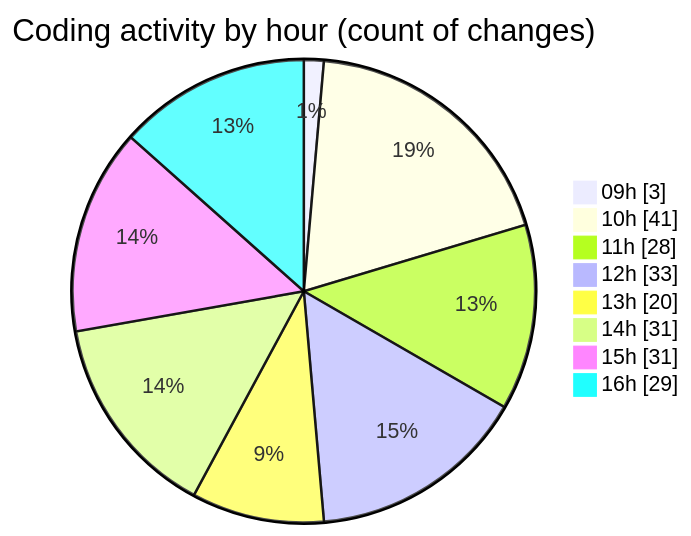
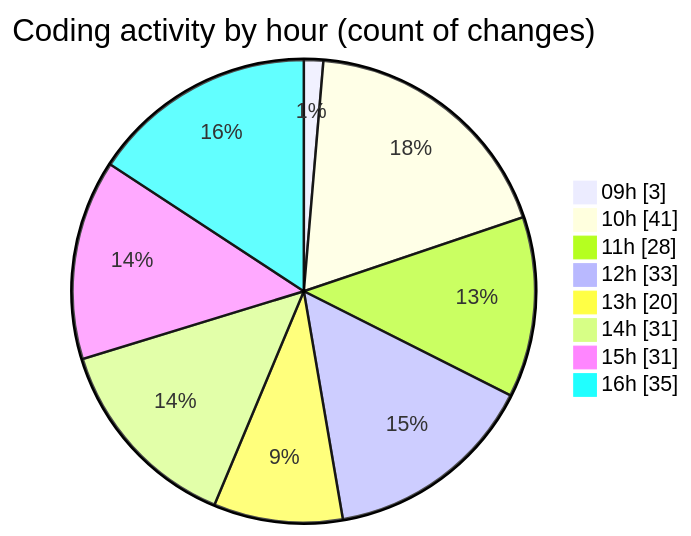
One commit to CELIANVF/code-tracking changed the second of 2 diagrams in 2025-05-19/ecodeli-1/README.md. Above: the diagram before and after it, drawn with Mermaid. The commit also changed other lines of this file and 1 other file, not shown here.

````diff
--- a/2025-05-19/ecodeli-1/README.md
+++ b/2025-05-19/ecodeli-1/README.md
@@ -92,12 +93,12 @@
 ```mermaid
 pie showData
 title Coding activity by hour (count of changes)
 "09h" : 3
 "10h" : 41
 "11h" : 28
 "12h" : 33
 "13h" : 20
 "14h" : 31
 "15h" : 31
-"16h" : 29
+"16h" : 35
 ```
````
